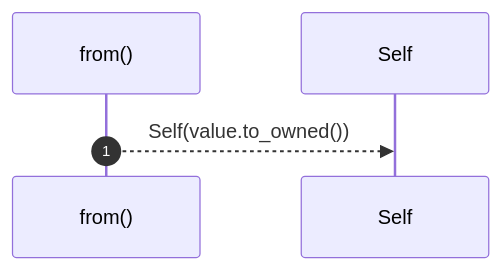
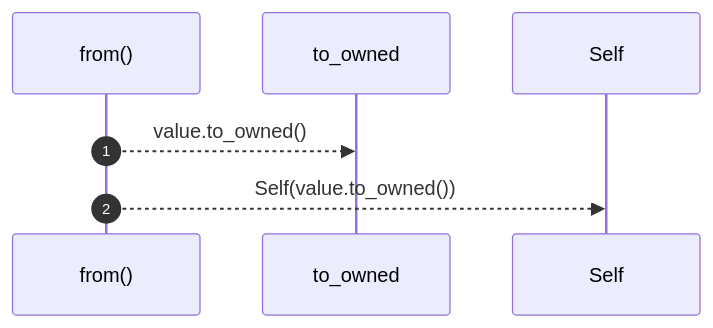
The diagram in docs/self-model/robby_ir/kind/impl-from-str-for-kind.md (RyanGuild/self-describing-code), drawn with Mermaid before and after one commit. The commit also changed other lines of this file and 1404 other files, not shown here.

````diff
--- a/docs/self-model/robby_ir/kind/impl-from-str-for-kind.md
+++ b/docs/self-model/robby_ir/kind/impl-from-str-for-kind.md
@@ -34,7 +86,9 @@
 ```mermaid
 sequenceDiagram
     autonumber
     participant from as from()
+    participant to_owned as to_owned
     participant Self as Self
+    from-->>to_owned: value.to_owned()
     from-->>Self: Self(value.to_owned())
 ```
````
